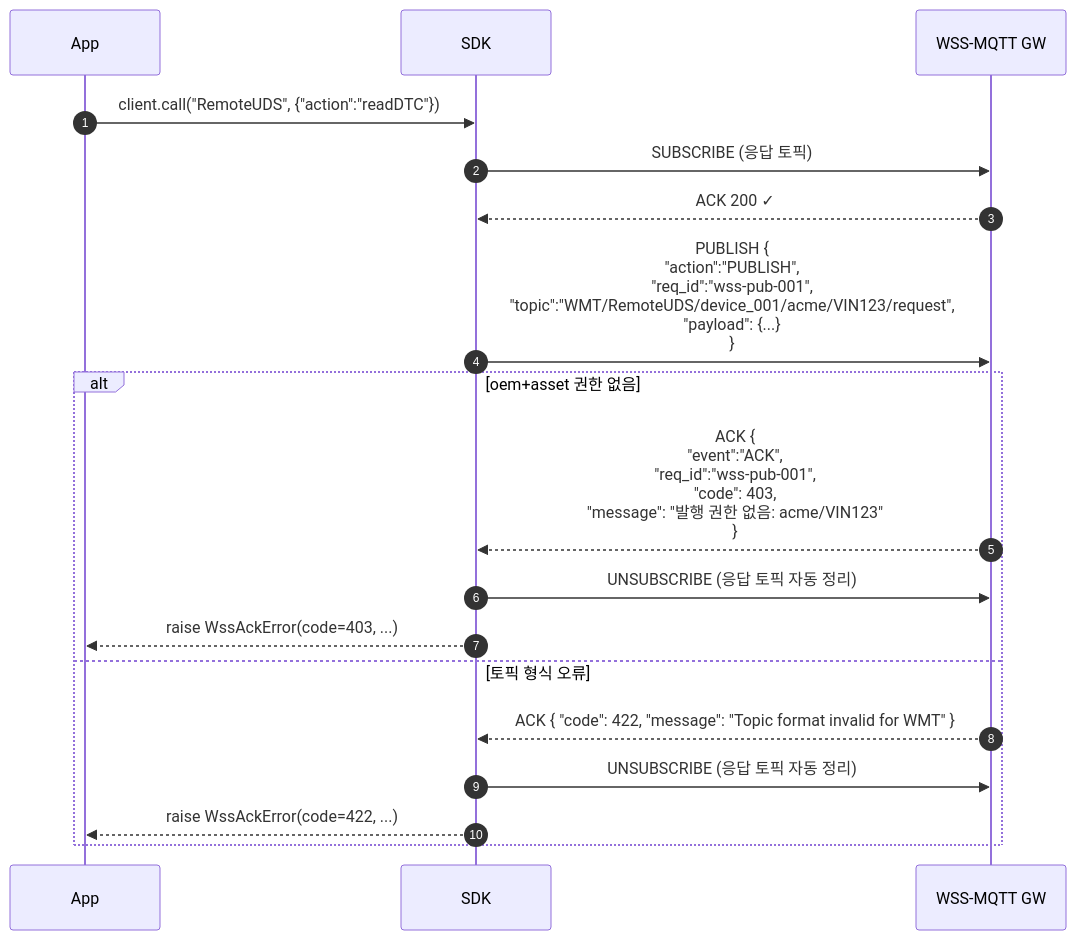
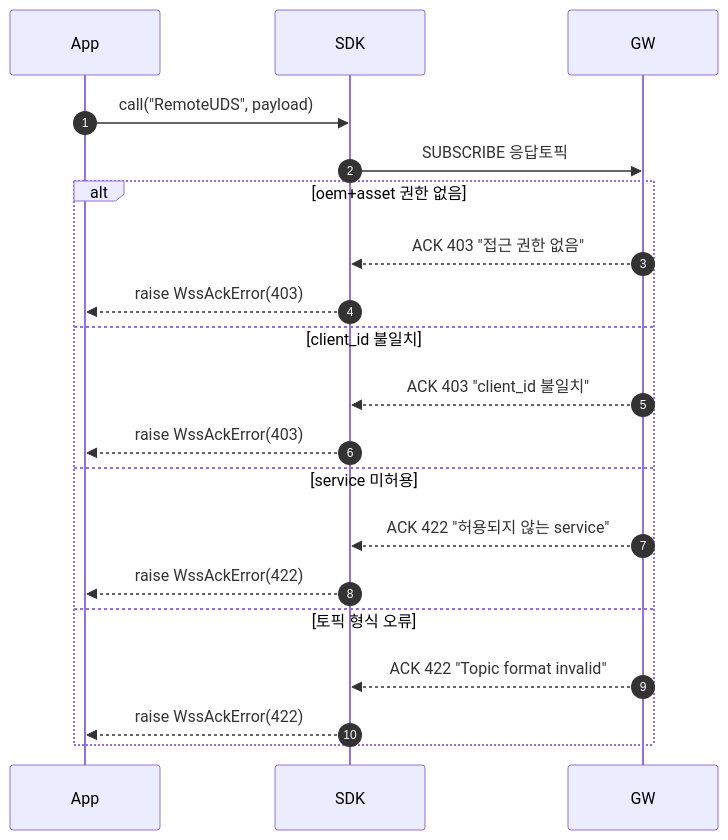
Before and after one commit to DongEunKim/MQTT-WSS-API: the fourth of 11 diagrams in docs/RPC_SEQUENCE_DIAGRAMS.md, drawn with Mermaid. The commit also changed other lines of this file, not shown here.

First line of the commit message:
docs: RPC 시퀀스 다이어그램 가독성 개선 (화살표 레이블 축약, 사양 분리)

````diff
--- a/docs/RPC_SEQUENCE_DIAGRAMS.md
+++ b/docs/RPC_SEQUENCE_DIAGRAMS.md
@@ -234,24 +174,24 @@
 ```mermaid
 sequenceDiagram
     autonumber
     participant App
     participant SDK
-    participant GW as WSS-MQTT GW
+    participant GW
 
-    App->>SDK: client.call("RemoteUDS", {"action":"readDTC"})
-
-    SDK->>GW: SUBSCRIBE (응답 토픽)
-    GW-->>SDK: ACK 200 ✓
-
-    SDK->>GW: PUBLISH {<br/>  "action":"PUBLISH",<br/>  "req_id":"wss-pub-001",<br/>  "topic":"WMT/RemoteUDS/device_001/acme/VIN123/request",<br/>  "payload": {...}<br/>}
+    App->>SDK: call("RemoteUDS", payload)
+    SDK->>GW: SUBSCRIBE 응답토픽
 
     alt oem+asset 권한 없음
-        GW-->>SDK: ACK {<br/>  "event":"ACK",<br/>  "req_id":"wss-pub-001",<br/>  "code": 403,<br/>  "message": "발행 권한 없음: acme/VIN123"<br/>}
-        SDK->>GW: UNSUBSCRIBE (응답 토픽 자동 정리)
-        SDK-->>App: raise WssAckError(code=403, ...)
+        GW-->>SDK: ACK 403 "접근 권한 없음"
+        SDK-->>App: raise WssAckError(403)
+    else client_id 불일치
+        GW-->>SDK: ACK 403 "client_id 불일치"
+        SDK-->>App: raise WssAckError(403)
+    else service 미허용
+        GW-->>SDK: ACK 422 "허용되지 않는 service"
+        SDK-->>App: raise WssAckError(422)
     else 토픽 형식 오류
-        GW-->>SDK: ACK { "code": 422, "message": "Topic format invalid for WMT" }
-        SDK->>GW: UNSUBSCRIBE (응답 토픽 자동 정리)
-        SDK-->>App: raise WssAckError(code=422, ...)
+        GW-->>SDK: ACK 422 "Topic format invalid"
+        SDK-->>App: raise WssAckError(422)
     end
 ```
````
